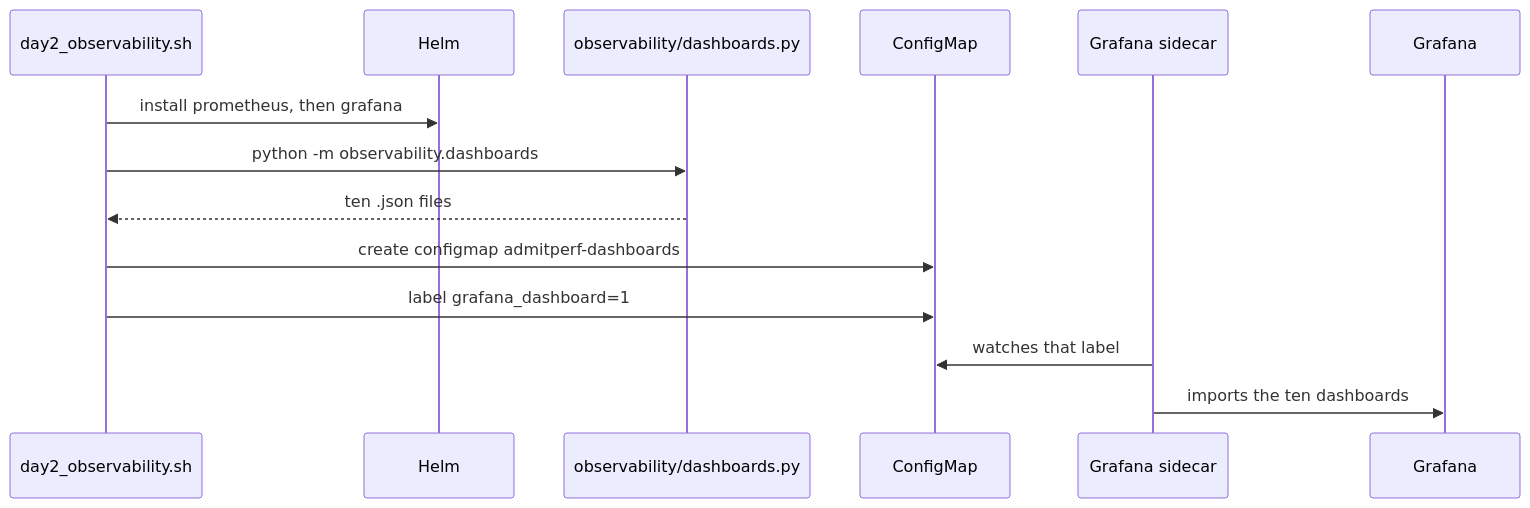
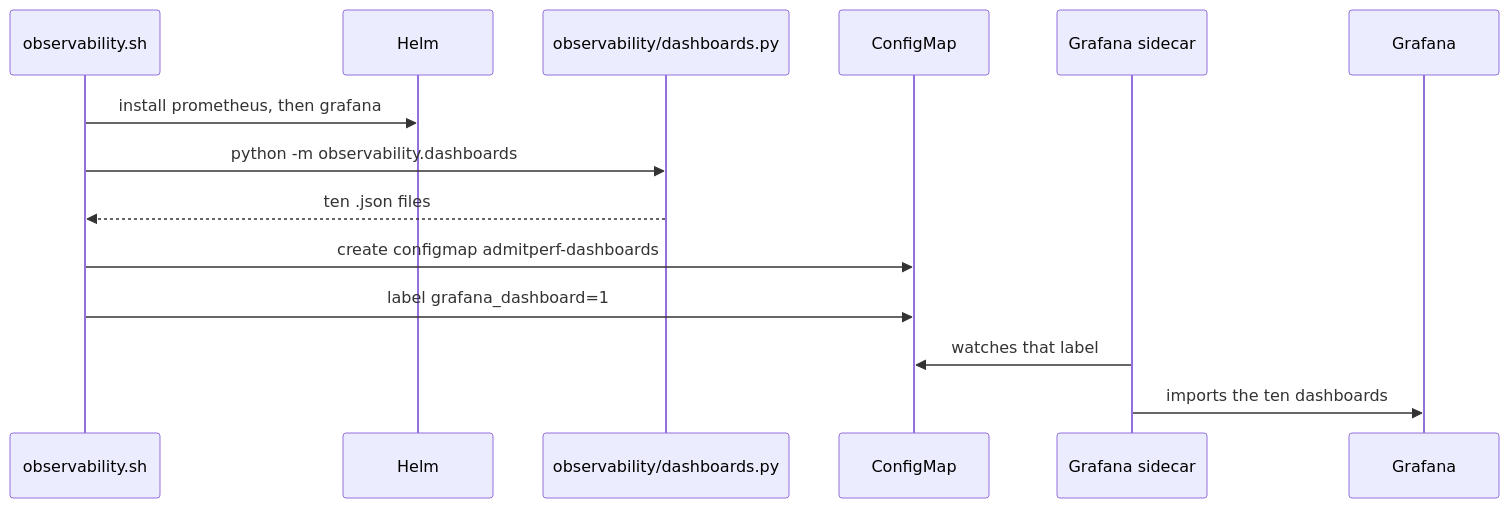
The fourth of 5 diagrams in infra/docs/infrastructure.md (harshuljain13/AdmitPerf), drawn with Mermaid before and after one commit. The commit also changed 115 other files, not shown here.

````diff
--- a/infra/docs/infrastructure.md
+++ b/infra/docs/infrastructure.md
@@ -112,17 +112,17 @@
 ```mermaid
 sequenceDiagram
-    participant D as day2_observability.sh
+    participant D as observability.sh
     participant H as Helm
     participant PY as observability/dashboards.py
     participant CM as ConfigMap
     participant SC as Grafana sidecar
     participant G as Grafana
 
     D->>H: install prometheus, then grafana
     D->>PY: python -m observability.dashboards
     PY-->>D: ten .json files
     D->>CM: create configmap admitperf-dashboards
     D->>CM: label grafana_dashboard=1
     SC->>CM: watches that label
     SC->>G: imports the ten dashboards
 ```
````
